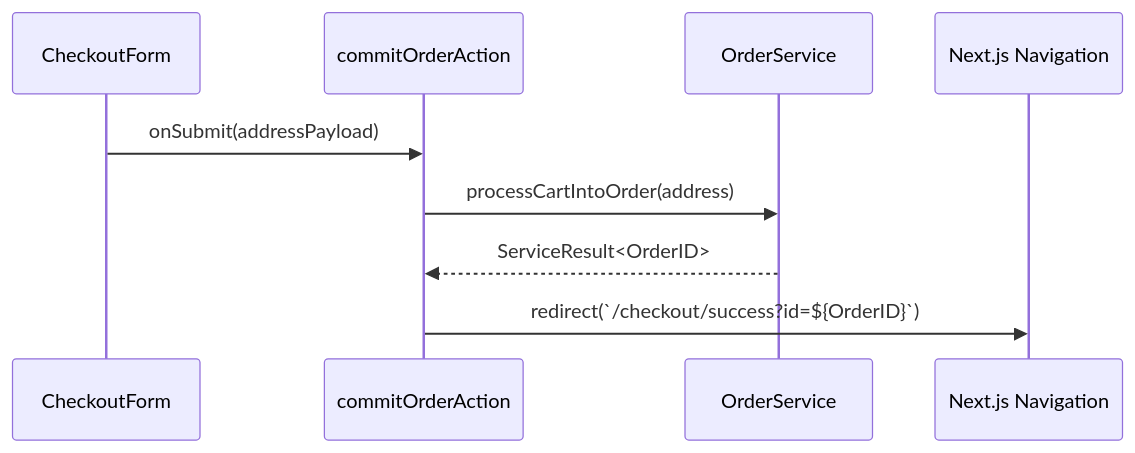
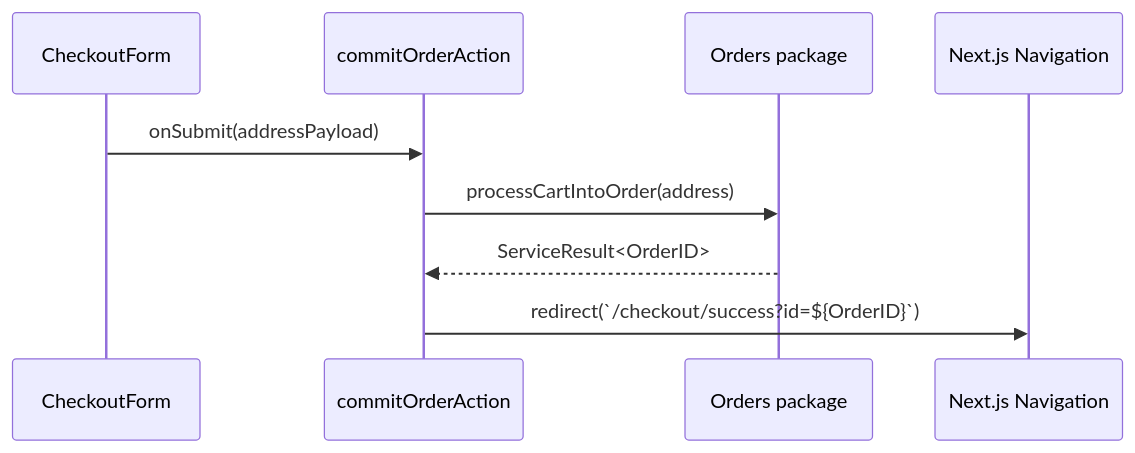
One commit to 3mrhussein/findeg changed the diagram in frontend/storefront/src/data/order/README.md. Above: the diagram before and after it, drawn with Mermaid. The commit also changed other lines of this file and 87 other files, not shown here.

Commit message:
refactor: migrate remaining Orders package consumers

````diff
--- a/frontend/storefront/src/data/order/README.md
+++ b/frontend/storefront/src/data/order/README.md
@@ -24,12 +24,12 @@
 ```mermaid
 sequenceDiagram
     participant ClientForm as CheckoutForm
     participant Action as commitOrderAction
-    participant OS as OrderService
+    participant OS as Orders package
     participant Redirect as Next.js Navigation
 
     ClientForm->>Action: onSubmit(addressPayload)
     Action->>OS: processCartIntoOrder(address)
     OS-->>Action: ServiceResult<OrderID>
     Action->>Redirect: redirect(`/checkout/success?id=${OrderID}`)
 ```
````
